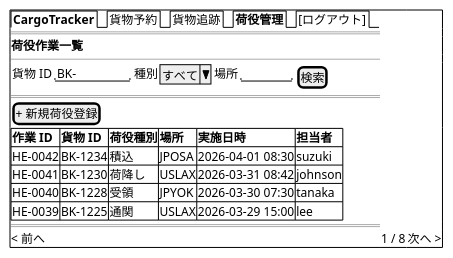
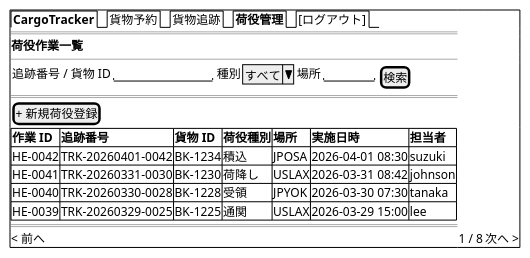
One commit to k2works/case-study-cargo-tracker changed diagram 15 of 26 in docs/design/ui_design.md. Above: the diagram before and after it, drawn with PlantUML. The commit also changed other lines of this file and 3 other files, not shown here.

````diff
--- a/docs/design/ui_design.md
+++ b/docs/design/ui_design.md
@@ -780,24 +1105,24 @@
 ```plantuml
 @startsalt
 {+
   {/ <b>CargoTracker</b> | 貨物予約 | 貨物追跡 | <b>荷役管理</b> | [ログアウト] }
   ==
   <b>荷役作業一覧</b>
   --
   {
-    貨物 ID | "BK-      " | 種別 | ^すべて^ | 場所 | "      " | [検索]
+    追跡番号 / 貨物 ID | "            " | 種別 | ^すべて^ | 場所 | "      " | [検索]
   }
   ==
   [+ 新規荷役登録]
   {#
-    **作業 ID** | **貨物 ID** | **荷役種別** | **場所** | **実施日時**        | **担当者**
-    HE-0042     | BK-1234     | 積込         | JPOSA    | 2026-04-01 08:30    | suzuki
-    HE-0041     | BK-1230     | 荷降し       | USLAX    | 2026-03-31 08:42    | johnson
-    HE-0040     | BK-1228     | 受領         | JPYOK    | 2026-03-30 07:30    | tanaka
-    HE-0039     | BK-1225     | 通関         | USLAX    | 2026-03-29 15:00    | lee
+    **作業 ID** | **追跡番号** | **貨物 ID** | **荷役種別** | **場所** | **実施日時**        | **担当者**
+    HE-0042     | TRK-20260401-0042 | BK-1234 | 積込     | JPOSA    | 2026-04-01 08:30    | suzuki
+    HE-0041     | TRK-20260331-0030 | BK-1230 | 荷降し   | USLAX    | 2026-03-31 08:42    | johnson
+    HE-0040     | TRK-20260330-0028 | BK-1228 | 受領     | JPYOK    | 2026-03-30 07:30    | tanaka
+    HE-0039     | TRK-20260329-0025 | BK-1225 | 通関     | USLAX    | 2026-03-29 15:00    | lee
   }
   ==
   < 前へ | 1 / 8 | 次へ >
 }
 @endsalt
 ```
````
